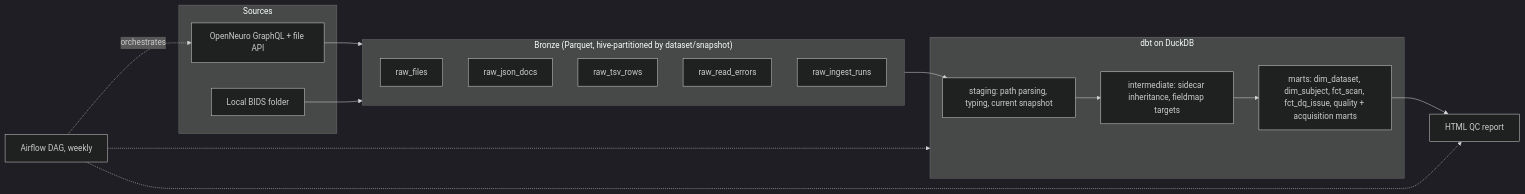
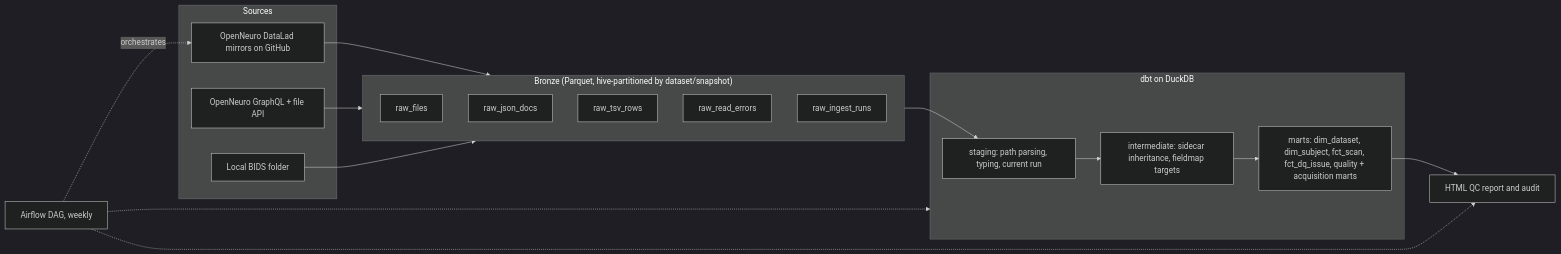
One commit to pearlfranz20/neurolake changed the diagram in README.md. Above: the diagram before and after it, drawn with Mermaid (dark theme). The commit also changed other lines of this file and 12 other files, not shown here.

First line of the commit message:
OpenNeuro audit: 150-dataset write-up, new participant rules, verified numbers

````diff
--- a/README.md
+++ b/README.md
@@ -7,25 +20,27 @@
 ```mermaid
 flowchart LR
   subgraph Sources
+    GH[OpenNeuro DataLad mirrors on GitHub]
     ON[OpenNeuro GraphQL + file API]
     LB[Local BIDS folder]
   end
   subgraph Bronze["Bronze (Parquet, hive-partitioned by dataset/snapshot)"]
     RF[raw_files]
     RJ[raw_json_docs]
     RT[raw_tsv_rows]
     RE[raw_read_errors]
     RI[raw_ingest_runs]
   end
   subgraph dbt["dbt on DuckDB"]
-    STG[staging: path parsing, typing, current snapshot]
+    STG[staging: path parsing, typing, current run]
     INT[intermediate: sidecar inheritance, fieldmap targets]
     MART[marts: dim_dataset, dim_subject, fct_scan, fct_dq_issue, quality + acquisition marts]
   end
+  GH --> Bronze
   ON --> Bronze
   LB --> Bronze
-  Bronze --> STG --> INT --> MART --> REP[HTML QC report]
-  AF[Airflow DAG, weekly] -. orchestrates .-> ON
+  Bronze --> STG --> INT --> MART --> REP[HTML QC report and audit]
+  AF[Airflow DAG, weekly] -. orchestrates .-> GH
   AF -.-> dbt
   AF -.-> REP
 ```
````
